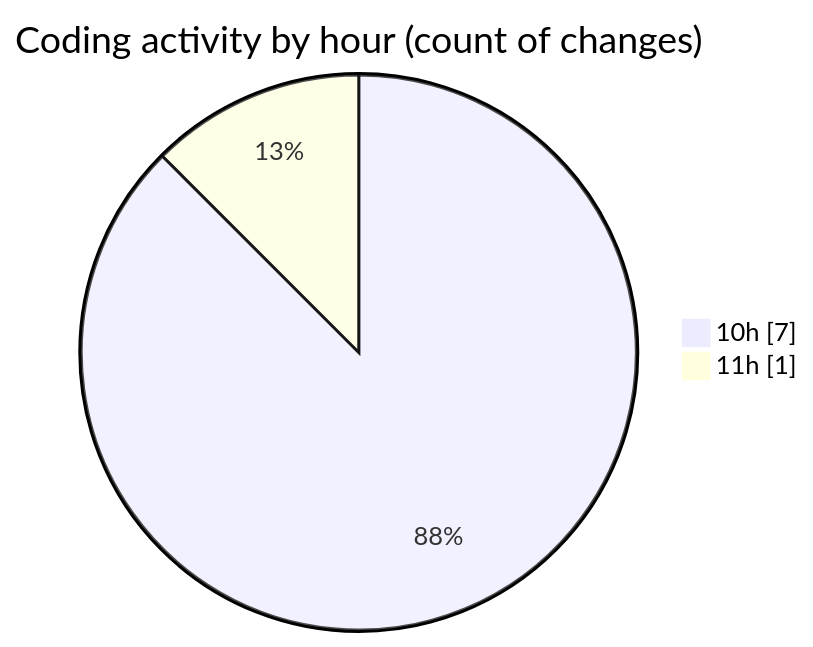
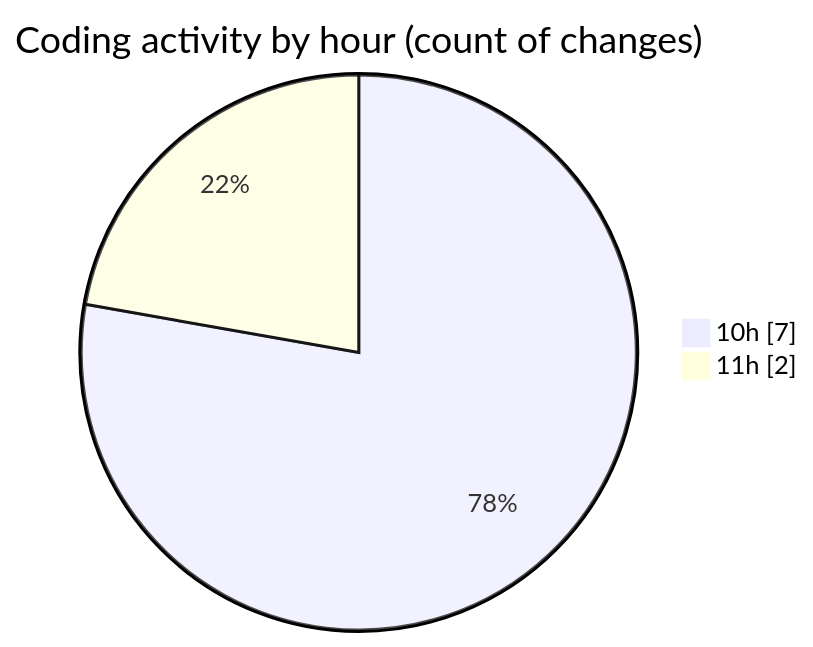
One commit to trdunsworth/code-tracking changed the second of 2 diagrams in 2025-04-24/synth_911data_gen/README.md. Above: the diagram before and after it, drawn with Mermaid. The commit also changed other lines of this file and 1 other file, not shown here.

````diff
--- a/2025-04-24/synth_911data_gen/README.md
+++ b/2025-04-24/synth_911data_gen/README.md
@@ -31,6 +31,6 @@
 ```mermaid
 pie showData
 title Coding activity by hour (count of changes)
 "10h" : 7
-"11h" : 1
+"11h" : 2
 ```
````
